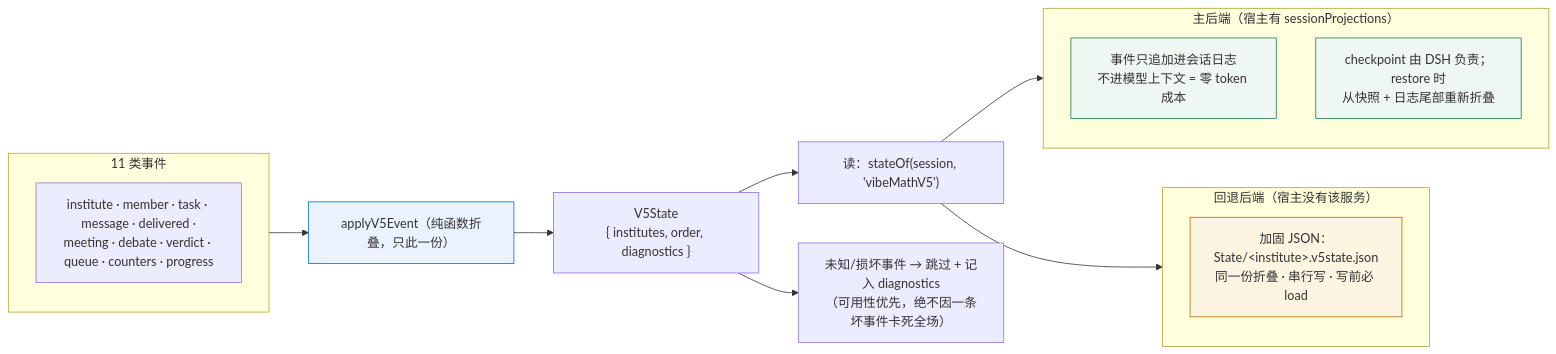
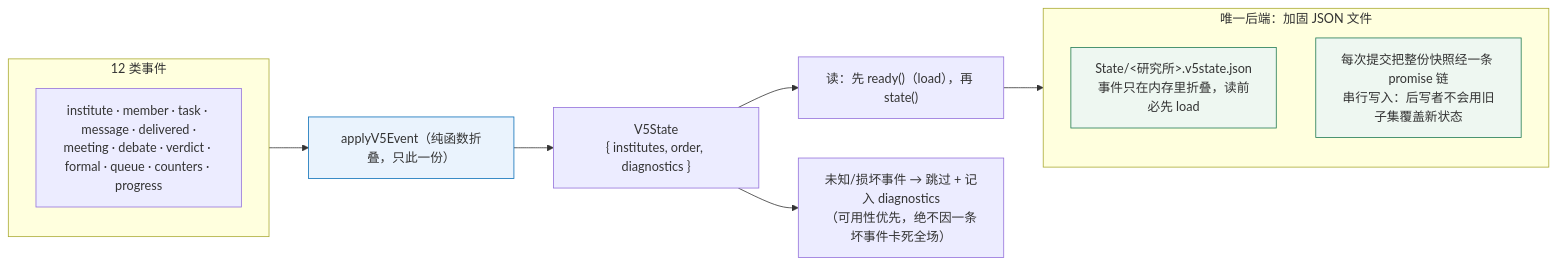
The ninth of 11 diagrams in vibe-math-v5/架构图.md (ChongCyrus/Vibe-Mathematics), drawn with Mermaid before and after one commit. The commit also changed other lines of this file and 34 other files, not shown here.

````diff
--- a/vibe-math-v5/架构图.md
+++ b/vibe-math-v5/架构图.md
@@ -278,25 +278,20 @@
 ```mermaid
 flowchart LR
-    subgraph EV["11 类事件"]
-        E["institute · member · task · message · delivered ·<br/>meeting · debate · verdict · queue · counters · progress"]
+    subgraph EV["12 类事件"]
+        E["institute · member · task · message · delivered ·<br/>meeting · debate · verdict · formal · queue · counters · progress"]
     end
     EV --> FOLD["applyV5Event（纯函数折叠，只此一份）"]
     FOLD --> ST["V5State<br/>{ institutes, order, diagnostics }"]
-    ST --> R1["读：stateOf(session, 'vibeMathV5')"]
+    ST --> R1["读：先 ready()（load），再 state()"]
     ST --> R2["未知/损坏事件 → 跳过 + 记入 diagnostics<br/>（可用性优先，绝不因一条坏事件卡死全场）"]
 
-    subgraph B1["主后端（宿主有 sessionProjections）"]
-        P1["事件只追加进会话日志<br/>不进模型上下文 = 零 token 成本"]
-        P2["checkpoint 由 DSH 负责；restore 时<br/>从快照 + 日志尾部重新折叠"]
-    end
-    subgraph B2["回退后端（宿主没有该服务）"]
-        F1["加固 JSON：State/&lt;institute&gt;.v5state.json<br/>同一份折叠 · 串行写 · 写前必 load"]
+    subgraph B1["唯一后端：加固 JSON 文件"]
+        P1["State/&lt;研究所&gt;.v5state.json<br/>事件只在内存里折叠，读前必先 load"]
+        P2["每次提交把整份快照经一条 promise 链<br/>串行写入：后写者不会用旧子集覆盖新状态"]
     end
     R1 --> B1
-    R1 --> B2
 
     style FOLD fill:#eaf3fd,stroke:#0b6fb8
     style P1 fill:#eef7f1,stroke:#1f7a52
     style P2 fill:#eef7f1,stroke:#1f7a52
-    style F1 fill:#fdf5e2,stroke:#b26a00
 ```
````
